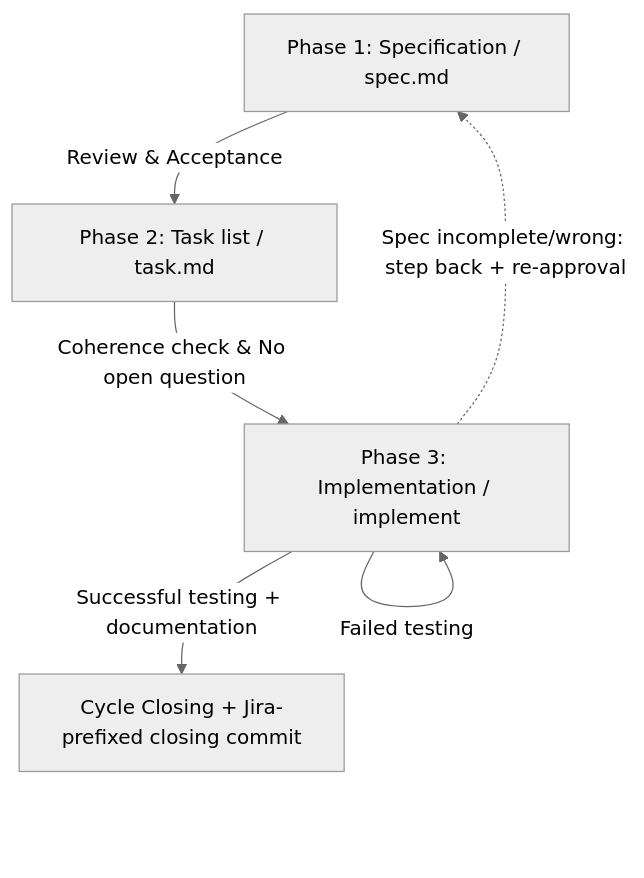
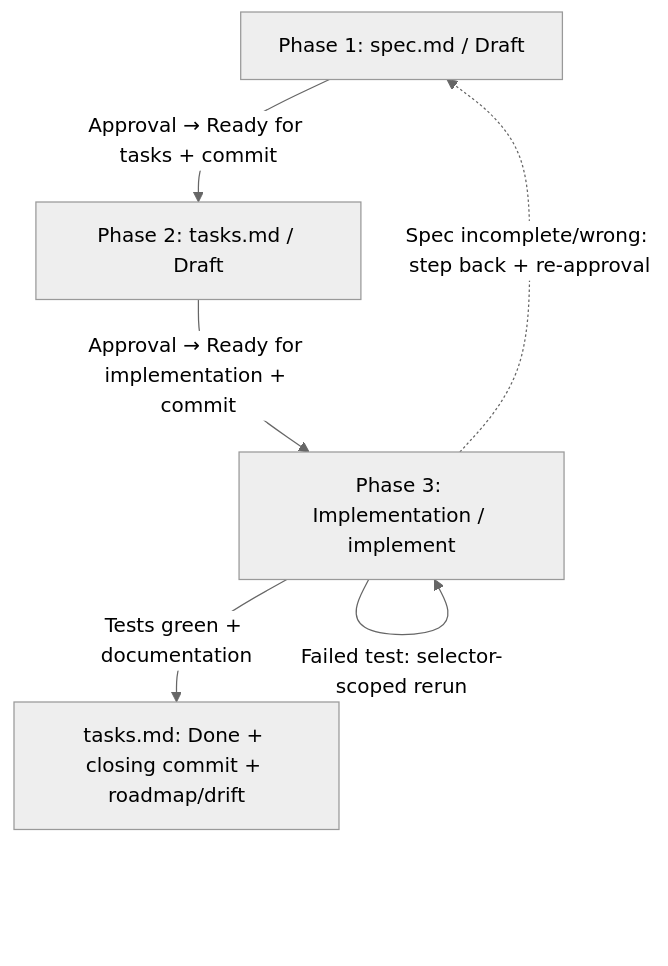
The diagram in prompts/skills-en/quick-flow.md (berkiadam/berkispec), drawn with Mermaid (neutral theme) before and after one commit. The commit also changed other lines of this file and 25 other files, not shown here.

````diff
--- a/prompts/skills-en/quick-flow.md
+++ b/prompts/skills-en/quick-flow.md
@@ -98,8 +140,8 @@
 ```mermaid
 graph TD
-    A[Phase 1: Specification / spec.md] -->|Review & Acceptance| B[Phase 2: Task list / task.md]
-    B -->|Coherence check & No open question| C[Phase 3: Implementation / implement]
-    C -->|Successful testing + documentation| D[Cycle Closing + Jira-prefixed closing commit]
-    C -->|Failed testing| C
+    A[Phase 1: spec.md / Draft] -->|Approval → Ready for tasks + commit| B[Phase 2: tasks.md / Draft]
+    B -->|Approval → Ready for implementation + commit| C[Phase 3: Implementation / implement]
+    C -->|Tests green + documentation| D[tasks.md: Done + closing commit + roadmap/drift]
+    C -->|Failed test: selector-scoped rerun| C
     C -.->|Spec incomplete/wrong: step back + re-approval| A
 ```
````
